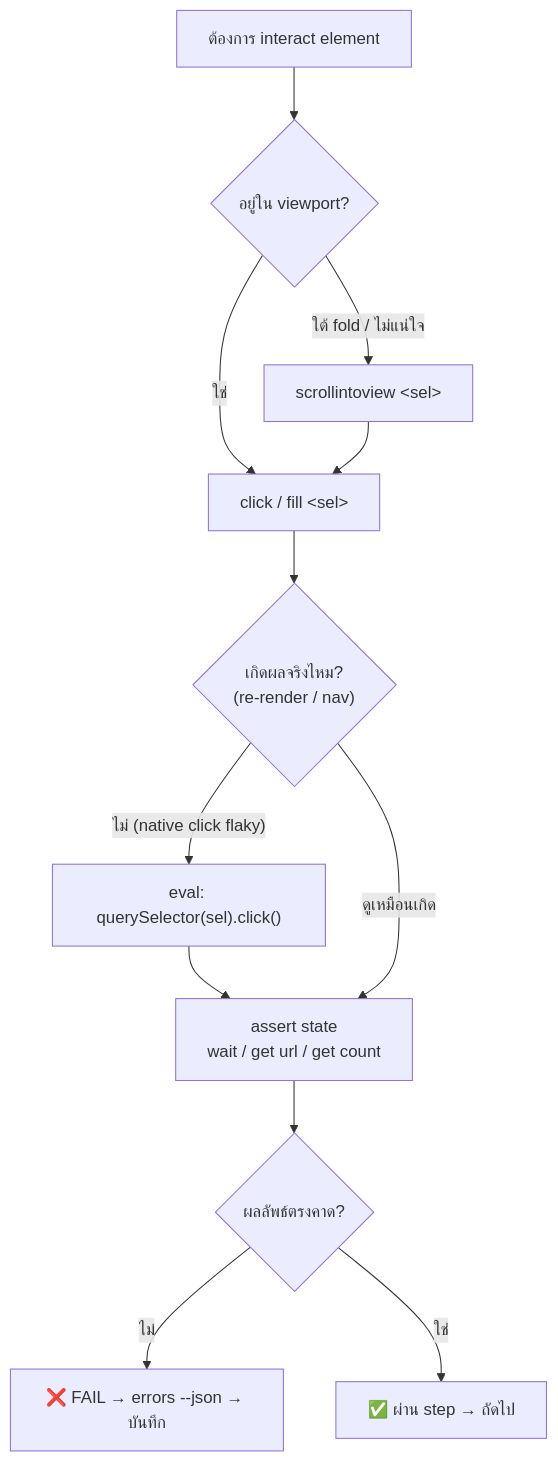
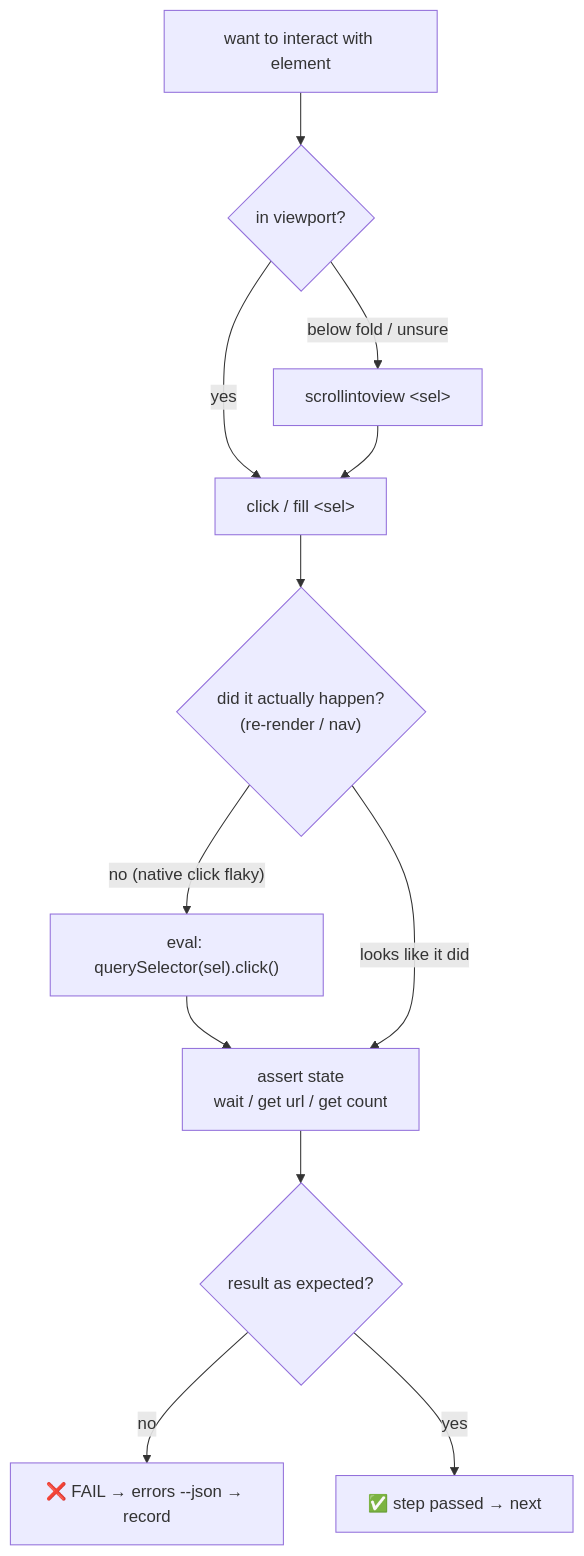
Before and after one commit to wichtking/agent-browser-qa: the second of 5 diagrams in docs/ARCHITECTURE.md, drawn with Mermaid. The commit also changed other lines of this file and 6 other files, not shown here.

````diff
--- a/docs/ARCHITECTURE.md
+++ b/docs/ARCHITECTURE.md
@@ -50,14 +51,14 @@
 ```mermaid
 flowchart TD
-    a["ต้องการ interact element"] --> b{"อยู่ใน viewport?"}
-    b -->|"ใต้ fold / ไม่แน่ใจ"| c["scrollintoview &lt;sel&gt;"]
-    b -->|ใช่| d["click / fill &lt;sel&gt;"]
+    a["want to interact with element"] --> b{"in viewport?"}
+    b -->|"below fold / unsure"| c["scrollintoview &lt;sel&gt;"]
+    b -->|yes| d["click / fill &lt;sel&gt;"]
     c --> d
-    d --> e{"เกิดผลจริงไหม?<br/>(re-render / nav)"}
-    e -->|"ไม่ (native click flaky)"| f["eval: querySelector(sel).click()"]
+    d --> e{"did it actually happen?<br/>(re-render / nav)"}
+    e -->|"no (native click flaky)"| f["eval: querySelector(sel).click()"]
     f --> g
-    e -->|"ดูเหมือนเกิด"| g["assert state<br/>wait / get url / get count"]
-    g --> h{"ผลลัพธ์ตรงคาด?"}
-    h -->|ไม่| x["❌ FAIL → errors --json → บันทึก"]
-    h -->|ใช่| ok["✅ ผ่าน step → ถัดไป"]
+    e -->|"looks like it did"| g["assert state<br/>wait / get url / get count"]
+    g --> h{"result as expected?"}
+    h -->|no| x["❌ FAIL → errors --json → record"]
+    h -->|yes| ok["✅ step passed → next"]
 ```
````
